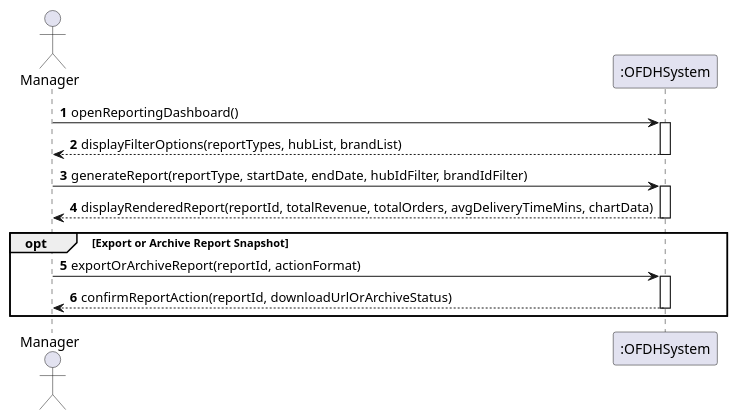
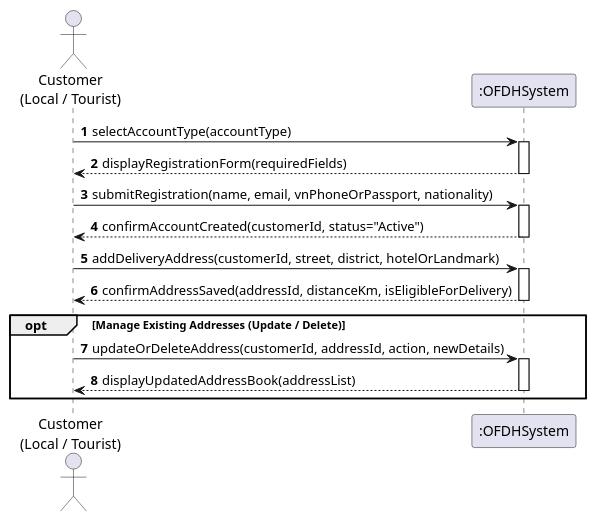
The diagram in UC1_RegisterCustomer_524H0134/01_Analysis/Codes/SystemSequenceDiagram.puml (DawnRighteous21/RAD_FinalTerm_Team_G2), drawn with PlantUML before and after one commit. The commit also changed 13 other files, not shown here.

Commit message:
UC10: add shipper delivery activity diagram, SSD and state machine (524H0134)

```diff
--- a/UC1_RegisterCustomer_524H0134/01_Analysis/Codes/SystemSequenceDiagram.puml
+++ b/UC1_RegisterCustomer_524H0134/01_Analysis/Codes/SystemSequenceDiagram.puml
@@ -1,23 +1,28 @@
 @startuml
 skinparam shadowing false
 autonumber
-actor "Manager" as Mgr
+actor "Customer\n(Local / Tourist)" as Cust
 participant ":OFDHSystem" as Sys
 
-Mgr -> Sys : openReportingDashboard()
+Cust -> Sys : selectAccountType(accountType)
 activate Sys
-Sys --> Mgr : displayFilterOptions(reportTypes, hubList, brandList)
+Sys --> Cust : displayRegistrationForm(requiredFields)
 deactivate Sys
 
-Mgr -> Sys : generateReport(reportType, startDate, endDate, hubIdFilter, brandIdFilter)
+Cust -> Sys : submitRegistration(name, email, vnPhoneOrPassport, nationality)
 activate Sys
-Sys --> Mgr : displayRenderedReport(reportId, totalRevenue, totalOrders, avgDeliveryTimeMins, chartData)
+Sys --> Cust : confirmAccountCreated(customerId, status="Active")
 deactivate Sys
 
-opt Export or Archive Report Snapshot
-    Mgr -> Sys : exportOrArchiveReport(reportId, actionFormat)
+Cust -> Sys : addDeliveryAddress(customerId, street, district, hotelOrLandmark)
+activate Sys
+Sys --> Cust : confirmAddressSaved(addressId, distanceKm, isEligibleForDelivery)
+deactivate Sys
+
+opt Manage Existing Addresses (Update / Delete)
+    Cust -> Sys : updateOrDeleteAddress(customerId, addressId, action, newDetails)
     activate Sys
-    Sys --> Mgr : confirmReportAction(reportId, downloadUrlOrArchiveStatus)
+    Sys --> Cust : displayUpdatedAddressBook(addressList)
     deactivate Sys
 end
 @enduml
```
